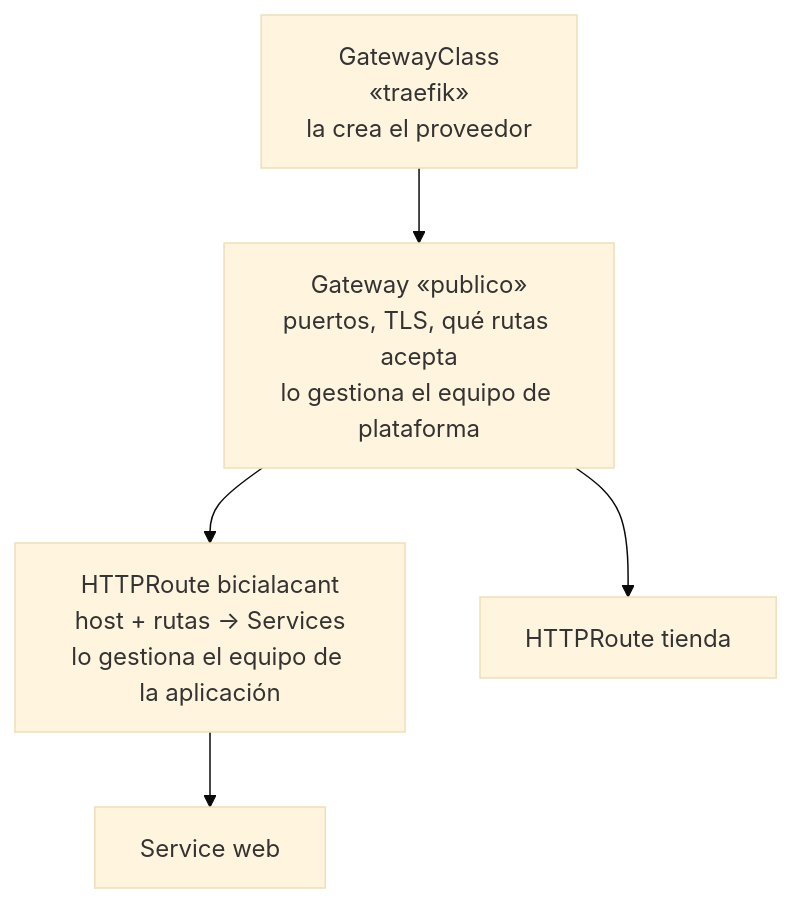
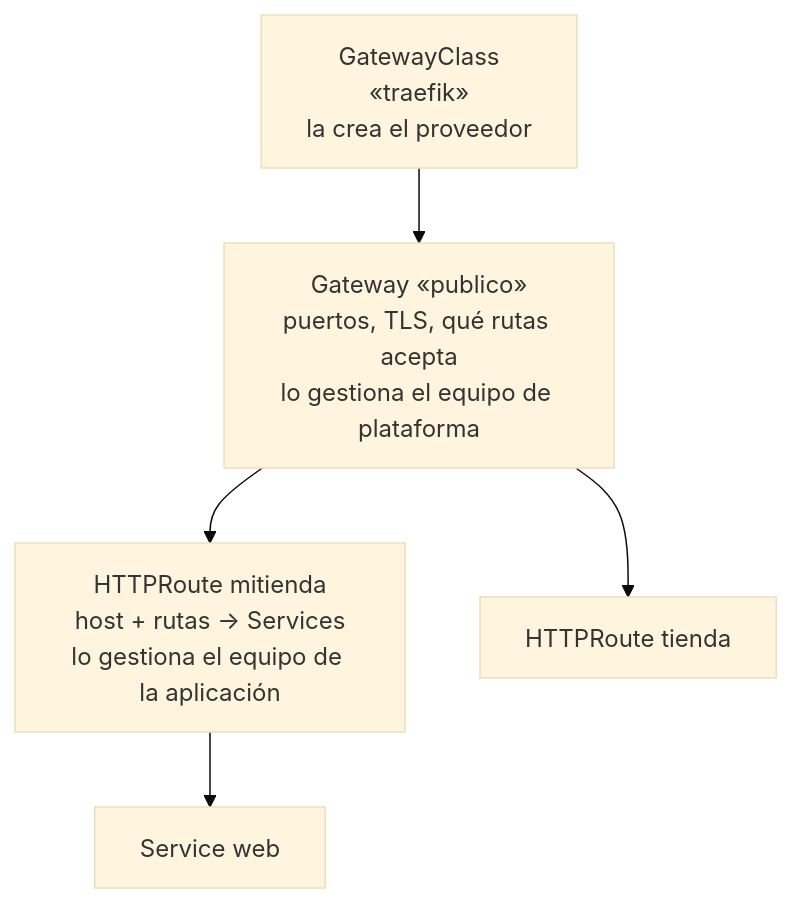
Before and after one commit to LorenaLResusta/Despliegue-Contenedores: the third of 4 diagrams in content.es/ud04-redes-almacenamiento/ud04-teoria.md, drawn with Mermaid (base theme). The commit also changed other lines of this file and 40 other files, not shown here.

````diff
--- a/content.es/ud04-redes-almacenamiento/ud04-teoria.md
+++ b/content.es/ud04-redes-almacenamiento/ud04-teoria.md
@@ -204,7 +204,7 @@
 ```mermaid
 flowchart TB
     GC[GatewayClass<br/>«traefik»<br/>la crea el proveedor] --> G[Gateway «publico»<br/>puertos, TLS, qué rutas acepta<br/>lo gestiona el equipo de plataforma]
-    G --> R1[HTTPRoute bicialacant<br/>host + rutas → Services<br/>lo gestiona el equipo de la aplicación]
+    G --> R1[HTTPRoute mitienda<br/>host + rutas → Services<br/>lo gestiona el equipo de la aplicación]
     G --> R2[HTTPRoute tienda]
     R1 --> S1[Service web]
 ```
````
